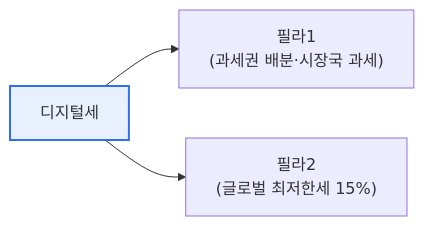
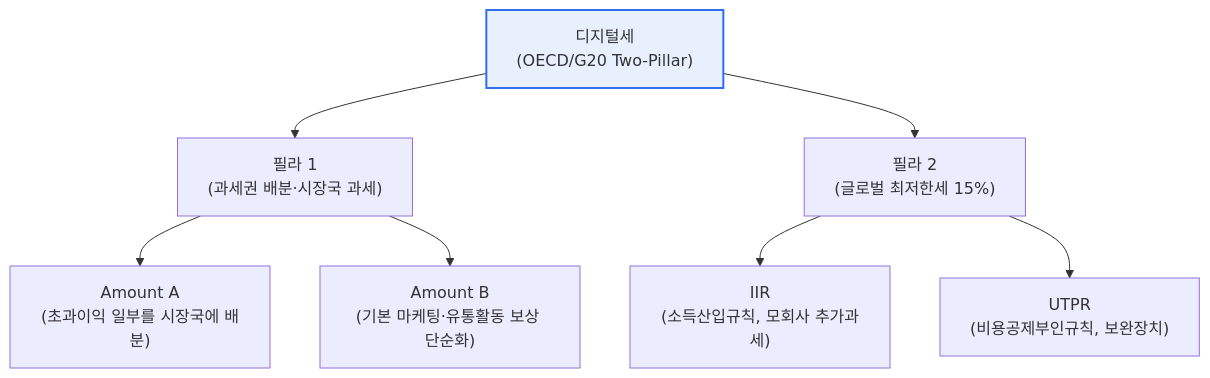
One commit to coninggu/wjdqhrhksflrltnftk changed the first of 2 diagrams in content/digital-tax.md. Above: the diagram before and after it, drawn with Mermaid. The commit also changed other lines of this file and 3 other files, not shown here.

````diff
--- a/content/digital-tax.md
+++ b/content/digital-tax.md
@@ -15,6 +20,10 @@
 ```mermaid
-flowchart LR
-  D[디지털세] --> P1["필라1<br/>(과세권 배분·시장국 과세)"]
-  D --> P2["필라2<br/>(글로벌 최저한세 15%)"]
+flowchart TB
+  D["디지털세<br/>(OECD/G20 Two-Pillar)"] --> P1["필라 1<br/>(과세권 배분·시장국 과세)"]
+  D --> P2["필라 2<br/>(글로벌 최저한세 15%)"]
+  P1 --> A1["Amount A<br/>(초과이익 일부를 시장국에 배분)"]
+  P1 --> A2["Amount B<br/>(기본 마케팅·유통활동 보상 단순화)"]
+  P2 --> R1["IIR<br/>(소득산입규칙, 모회사 추가과세)"]
+  P2 --> R2["UTPR<br/>(비용공제부인규칙, 보완장치)"]
   style D fill:#e8f0fe,stroke:#2f6fed,stroke-width:2px
 ```
````
